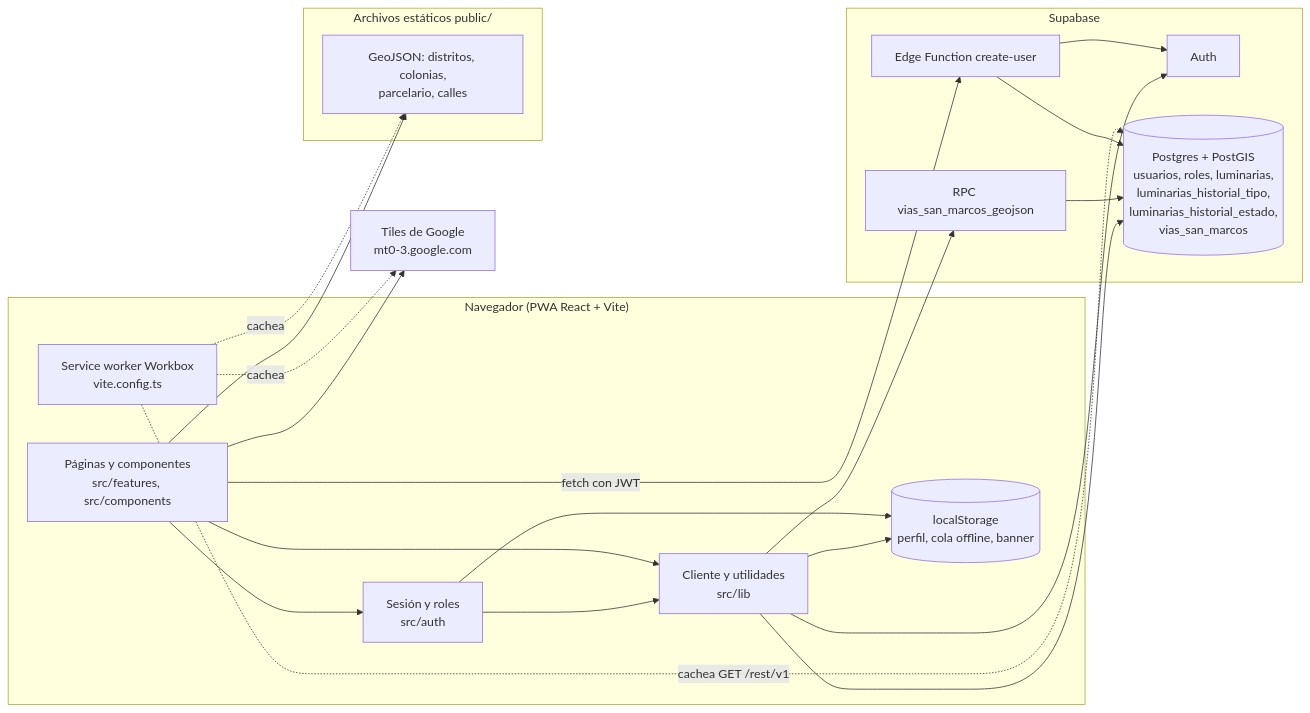
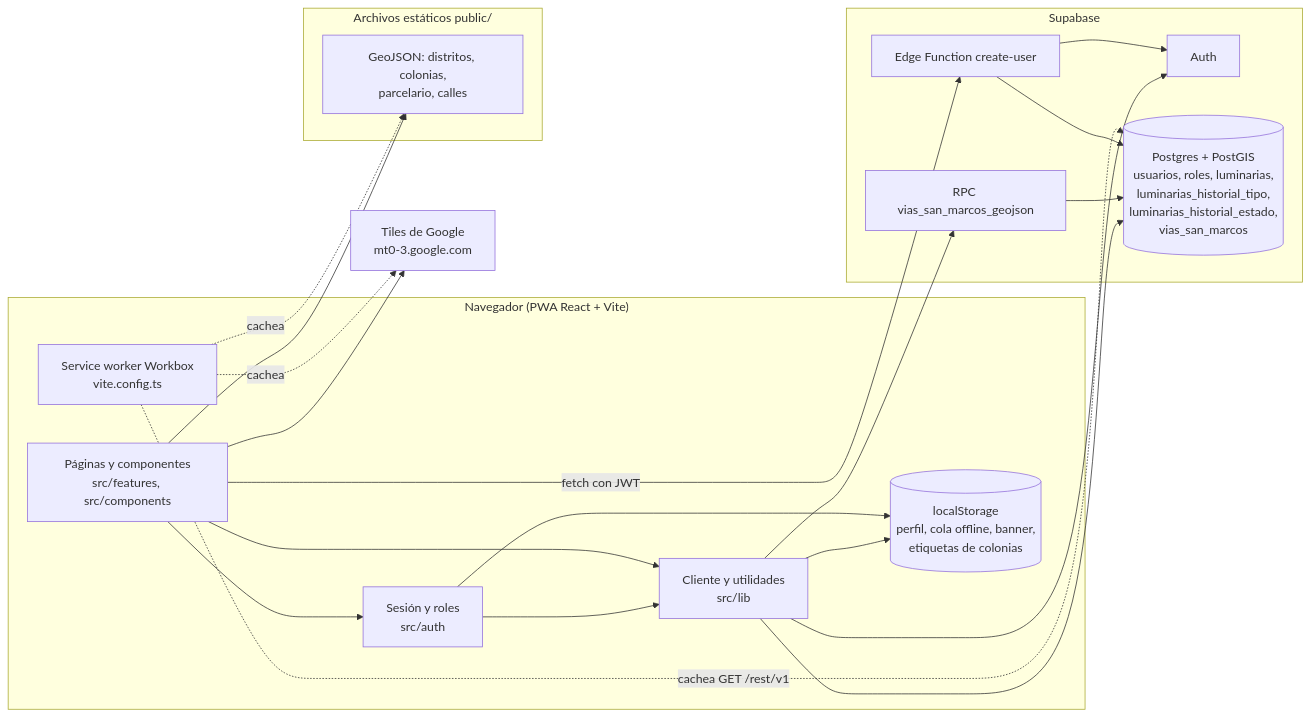
Before and after one commit to cja2001/mapsss: the first of 5 diagrams in docs/grafo-proyecto.md, drawn with Mermaid. The commit also changed other lines of this file and 5 other files, not shown here.

First line of the commit message:
Abrir los mapas solo con luminarias y personalizar las etiquetas de colonias

````diff
--- a/docs/grafo-proyecto.md
+++ b/docs/grafo-proyecto.md
@@ -9,38 +9,38 @@
 ```mermaid
 flowchart LR
   subgraph Cliente["Navegador (PWA React + Vite)"]
     UI["Páginas y componentes<br/>src/features, src/components"]
     AUTH["Sesión y roles<br/>src/auth"]
     LIB["Cliente y utilidades<br/>src/lib"]
     SW["Service worker Workbox<br/>vite.config.ts"]
-    LS[("localStorage<br/>perfil, cola offline, banner")]
+    LS[("localStorage<br/>perfil, cola offline, banner,<br/>etiquetas de colonias")]
   end
 
   subgraph Estaticos["Archivos estáticos public/"]
     GJ["GeoJSON: distritos, colonias,<br/>parcelario, calles"]
   end
 
   subgraph Supabase
     SAUTH["Auth"]
     DB[("Postgres + PostGIS<br/>usuarios, roles, luminarias,<br/>luminarias_historial_tipo,<br/>luminarias_historial_estado,<br/>vias_san_marcos")]
     RPC["RPC vias_san_marcos_geojson"]
     EDGE["Edge Function create-user"]
   end
 
   TILES["Tiles de Google<br/>mt0-3.google.com"]
 
   UI --> AUTH --> LIB
   UI --> LIB
   LIB --> SAUTH
   LIB --> DB
   LIB --> RPC --> DB
   UI -- "fetch con JWT" --> EDGE --> DB
   EDGE --> SAUTH
   UI --> GJ
   UI --> TILES
   LIB --> LS
   AUTH --> LS
   SW -. "cachea" .-> GJ
   SW -. "cachea" .-> TILES
   SW -. "cachea GET /rest/v1" .-> DB
 ```
````
